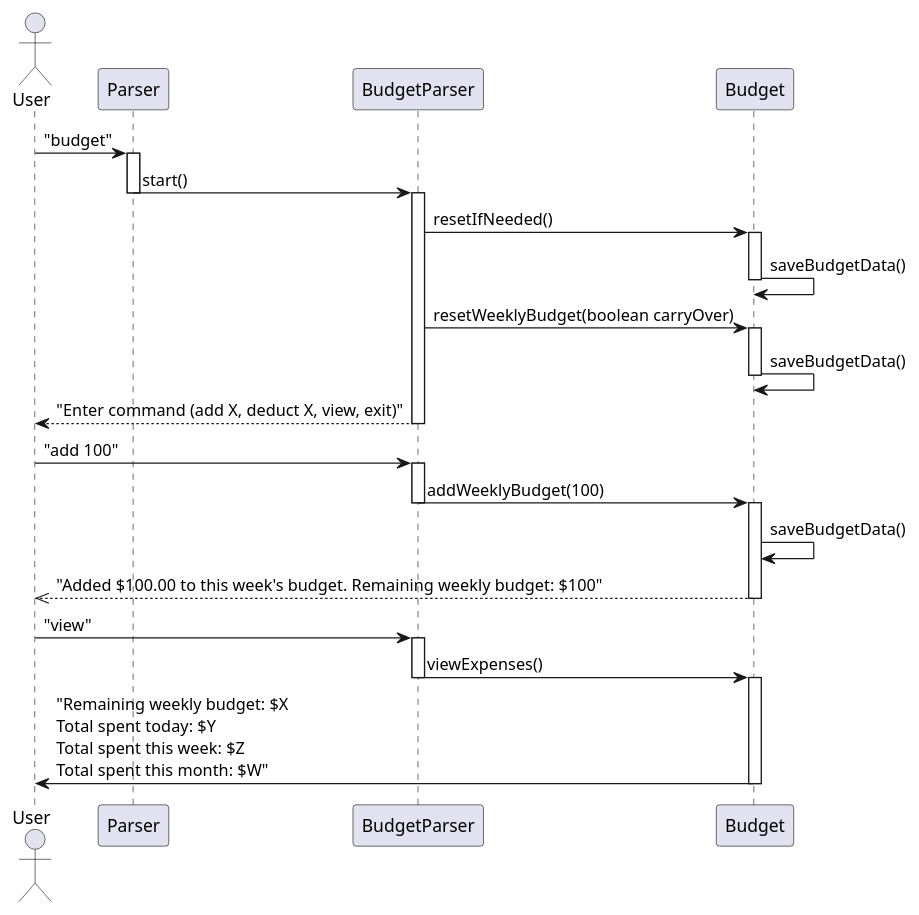
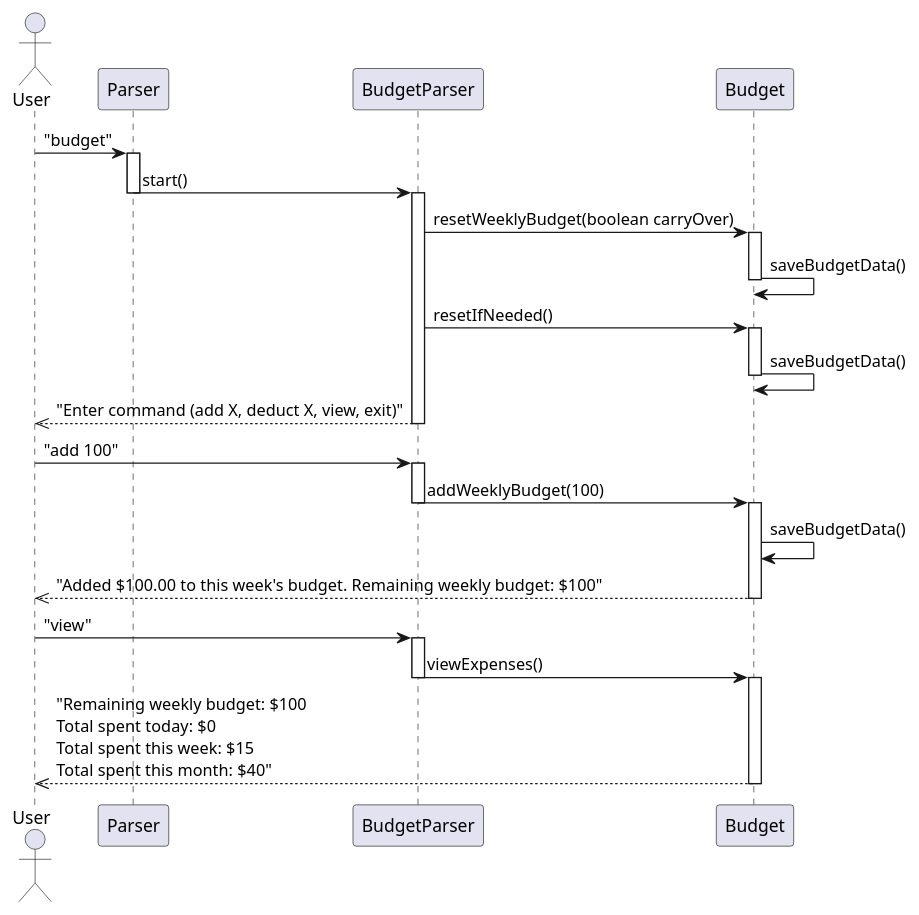
Before and after one commit to AY2425S2-CS2113-W12-2/tp: the diagram in docs/diagrams/BudgetSequenceDiagram.puml, drawn with PlantUML. The commit also changed 5 other files, not shown here.

First line of the commit message:
Improve developer guide and sequence diagram

```diff
--- a/docs/diagrams/BudgetSequenceDiagram.puml
+++ b/docs/diagrams/BudgetSequenceDiagram.puml
@@ -1,42 +1,42 @@
 @startuml BudgetAdd
 'https://plantuml.com/sequence-diagram
 
 actor User
 participant Parser
 participant BudgetParser
 participant Budget
 
 User -> Parser: "budget"
 activate Parser
 Parser -> BudgetParser: start()
 deactivate Parser
 activate BudgetParser
+BudgetParser -> Budget: resetWeeklyBudget(boolean carryOver)
+activate Budget
+Budget -> Budget: saveBudgetData()
+deactivate Budget
 BudgetParser -> Budget: resetIfNeeded()
 activate Budget
 Budget -> Budget: saveBudgetData()
 deactivate Budget
-BudgetParser -> Budget: resetWeeklyBudget(boolean carryOver)
-activate Budget
-Budget -> Budget: saveBudgetData()
-deactivate Budget
-BudgetParser --> User: "Enter command (add X, deduct X, view, exit)"
+BudgetParser -->> User: "Enter command (add X, deduct X, view, exit)"
 deactivate BudgetParser
 
 User -> BudgetParser: "add 100"
 activate BudgetParser
 BudgetParser -> Budget: addWeeklyBudget(100)
 deactivate BudgetParser
 activate Budget
 Budget -> Budget: saveBudgetData()
 Budget -->> User: "Added $100.00 to this week's budget. Remaining weekly budget: $100"
 deactivate Budget
 
 User -> BudgetParser: "view"
 activate BudgetParser
 BudgetParser -> Budget: viewExpenses()
 deactivate BudgetParser
 activate Budget
-Budget -> User: "Remaining weekly budget: $X\nTotal spent today: $Y\nTotal spent this week: $Z\nTotal spent this month: $W"
+Budget -->> User: "Remaining weekly budget: $100\nTotal spent today: $0\nTotal spent this week: $15\nTotal spent this month: $40"
 deactivate Budget
 
 @enduml
```
